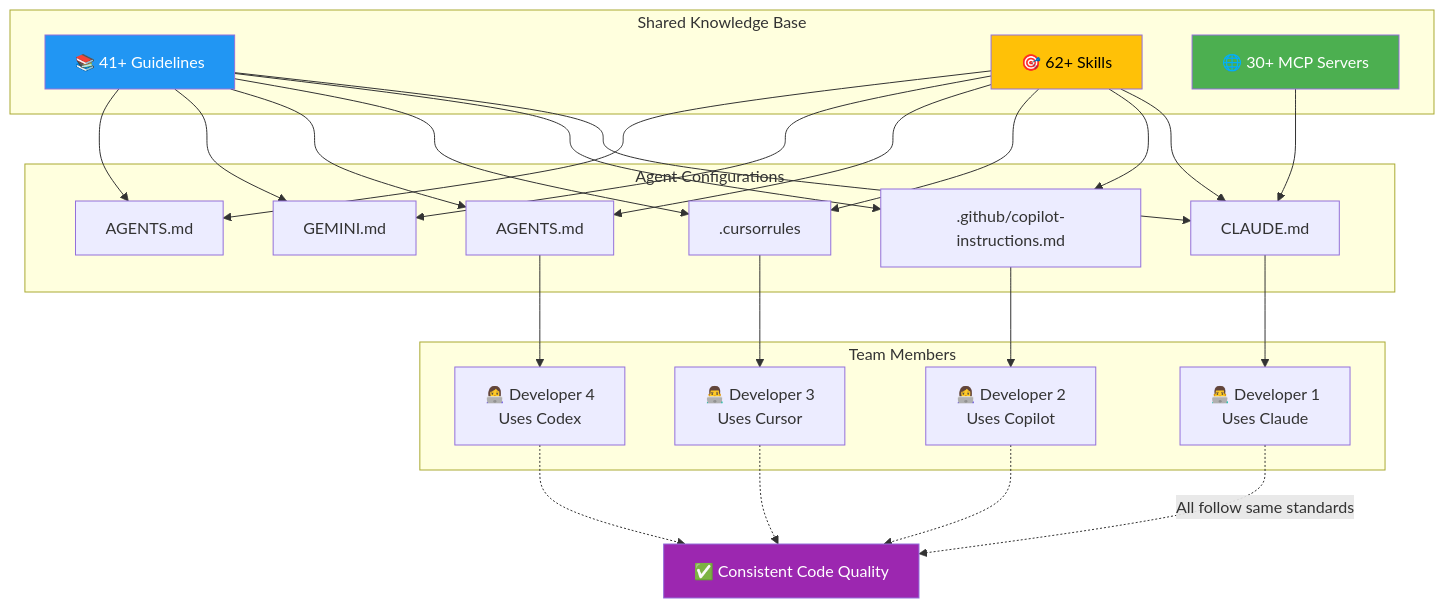
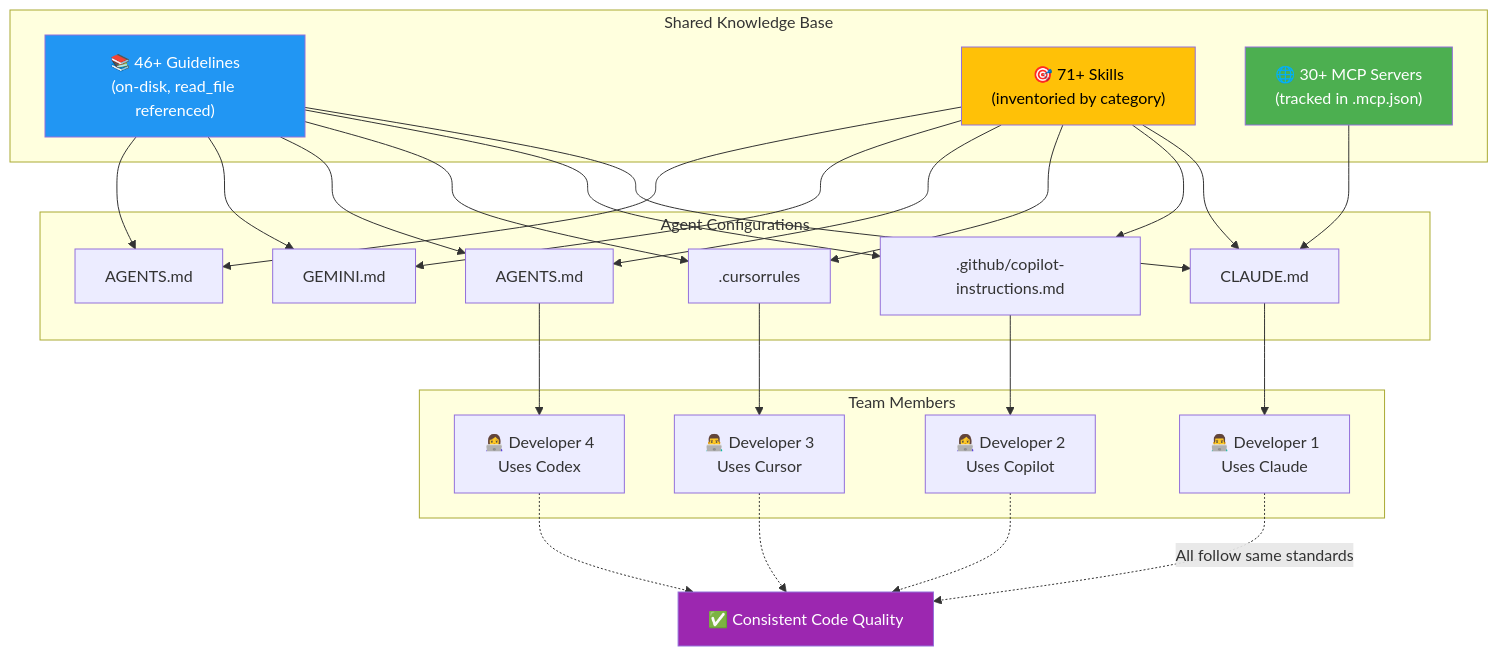
The seventh of 8 diagrams in digging-deeper/ai/agentic-coldbox.md (ortus-docs/coldbox-docs), drawn with Mermaid before and after one commit. The commit also changed other lines of this file and 1 other file, not shown here.

````diff
--- a/digging-deeper/ai/agentic-coldbox.md
+++ b/digging-deeper/ai/agentic-coldbox.md
@@ -956,43 +966,43 @@
 ```mermaid
 graph TB
     subgraph "Shared Knowledge Base"
-        Guidelines["📚 41+ Guidelines"]
-        Skills["🎯 62+ Skills"]
-        MCP["🌐 30+ MCP Servers"]
+        Guidelines["📚 46+ Guidelines\n(on-disk, read_file referenced)"]
+        Skills["🎯 71+ Skills\n(inventoried by category)"]
+        MCP["🌐 30+ MCP Servers\n(tracked in .mcp.json)"]
     end
 
     subgraph "Agent Configurations"
         Guidelines --> ClaudeConfig["CLAUDE.md"]
         Guidelines --> CopilotConfig[".github/copilot-instructions.md"]
         Guidelines --> CursorConfig[".cursorrules"]
         Guidelines --> CodexConfig["AGENTS.md"]
         Guidelines --> GeminiConfig["GEMINI.md"]
         Guidelines --> OpenCodeConfig["AGENTS.md"]
 
         Skills --> ClaudeConfig
         Skills --> CopilotConfig
         Skills --> CursorConfig
         Skills --> CodexConfig
         Skills --> GeminiConfig
         Skills --> OpenCodeConfig
 
         MCP --> ClaudeConfig
     end
 
     subgraph "Team Members"
         ClaudeConfig --> Dev1["👨‍💻 Developer 1<br/>Uses Claude"]
         CopilotConfig --> Dev2["👩‍💻 Developer 2<br/>Uses Copilot"]
         CursorConfig --> Dev3["👨‍💻 Developer 3<br/>Uses Cursor"]
         CodexConfig --> Dev4["👩‍💻 Developer 4<br/>Uses Codex"]
     end
 
     Dev1 -."All follow same standards".-> Standards["✅ Consistent Code Quality"]
     Dev2 -.-> Standards
     Dev3 -.-> Standards
     Dev4 -.-> Standards
 
     style Guidelines fill:#2196f3,color:#fff
     style Skills fill:#ffc107,color:#000
     style MCP fill:#4caf50,color:#fff
     style Standards fill:#9c27b0,color:#fff
 ```
````
